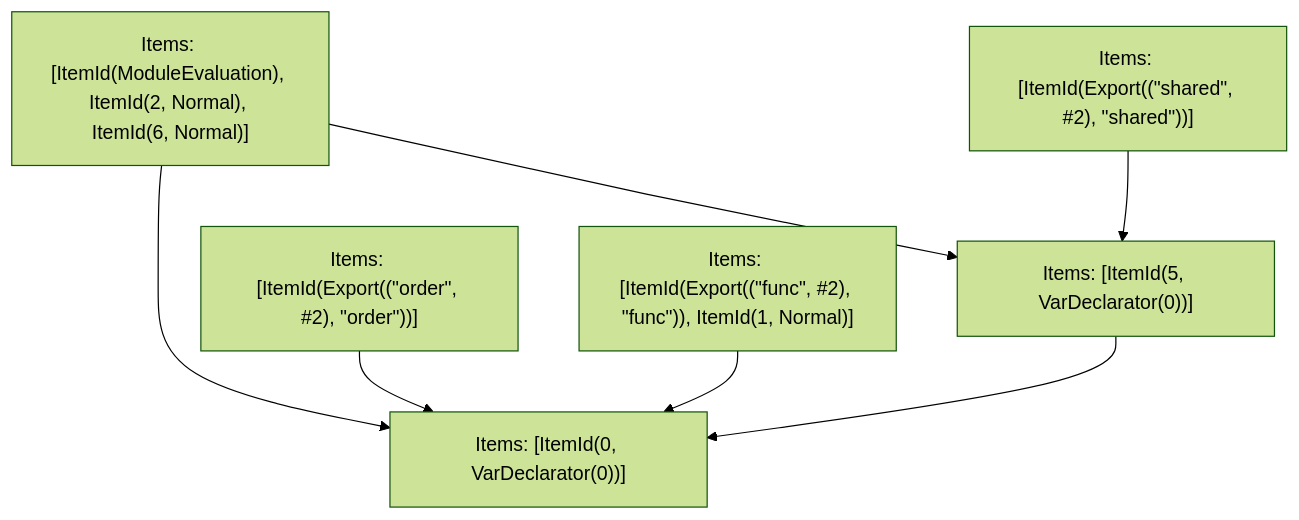
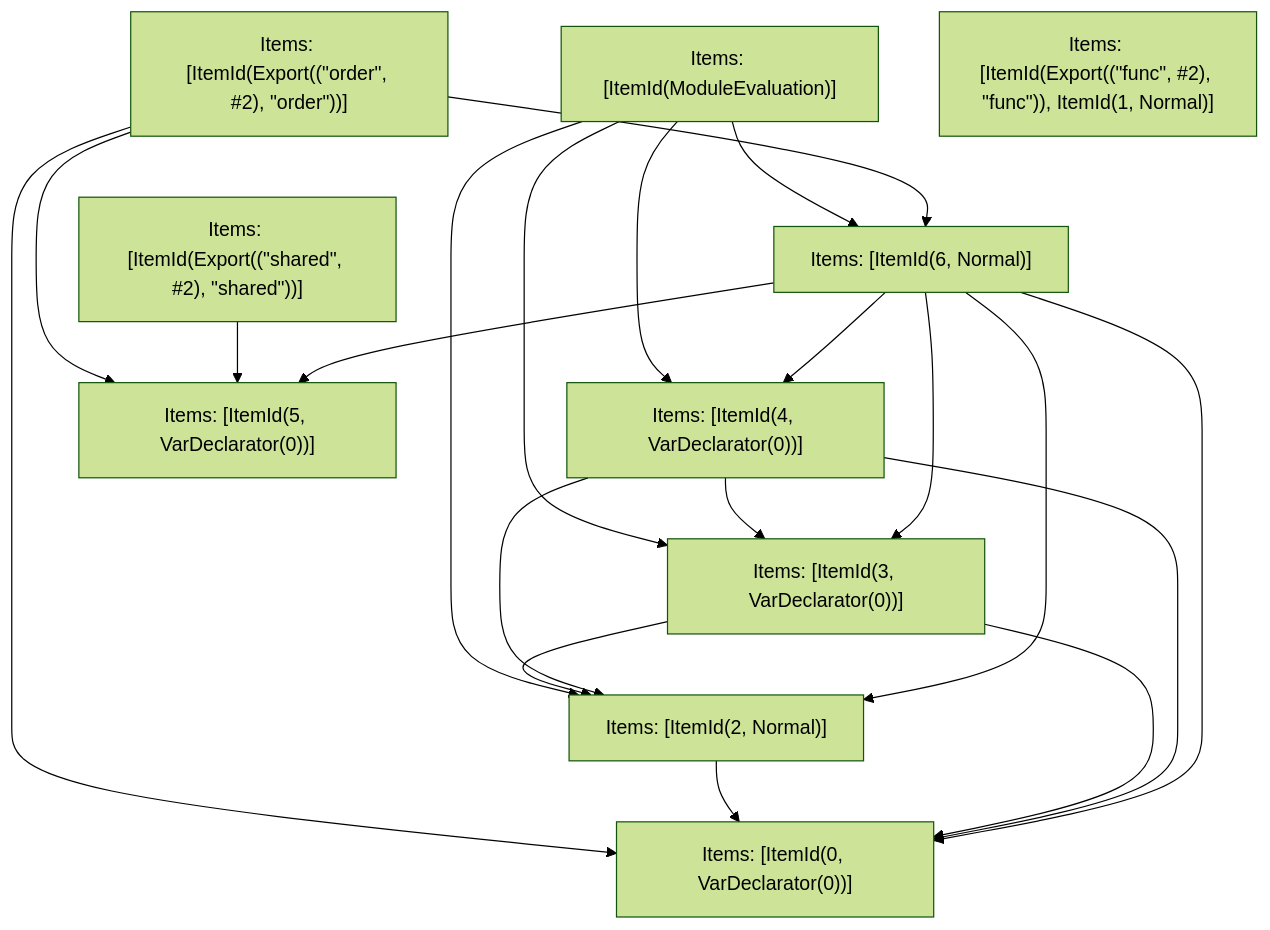
The fifth of 5 diagrams in crates/turbopack-ecmascript/tests/tree-shaker/analyzer/write-order/output.md (vercel/turborepo), drawn with Mermaid (forest theme) before and after one commit. The commit also changed other lines of this file and 12 other files, not shown here.

````diff
--- a/crates/turbopack-ecmascript/tests/tree-shaker/analyzer/write-order/output.md
+++ b/crates/turbopack-ecmascript/tests/tree-shaker/analyzer/write-order/output.md
@@ -183,15 +204,32 @@
 ```mermaid
 graph TD
-    N0["Items: [ItemId(ModuleEvaluation), ItemId(2, Normal), ItemId(6, Normal)]"];
+    N0["Items: [ItemId(ModuleEvaluation)]"];
     N1["Items: [ItemId(Export((&quot;order&quot;, #2), &quot;order&quot;))]"];
     N2["Items: [ItemId(Export((&quot;func&quot;, #2), &quot;func&quot;)), ItemId(1, Normal)]"];
     N3["Items: [ItemId(Export((&quot;shared&quot;, #2), &quot;shared&quot;))]"];
     N4["Items: [ItemId(0, VarDeclarator(0))]"];
-    N5["Items: [ItemId(5, VarDeclarator(0))]"];
-    N0 --> N4;
+    N5["Items: [ItemId(2, Normal)]"];
+    N6["Items: [ItemId(3, VarDeclarator(0))]"];
+    N7["Items: [ItemId(4, VarDeclarator(0))]"];
+    N8["Items: [ItemId(5, VarDeclarator(0))]"];
+    N9["Items: [ItemId(6, Normal)]"];
     N0 --> N5;
+    N0 --> N6;
+    N0 --> N7;
+    N0 --> N9;
     N1 --> N4;
-    N2 --> N4;
-    N3 --> N5;
+    N1 --> N8;
+    N1 --> N9;
+    N3 --> N8;
     N5 --> N4;
+    N6 --> N5;
+    N6 --> N4;
+    N7 --> N5;
+    N7 --> N6;
+    N7 --> N4;
+    N9 --> N5;
+    N9 --> N6;
+    N9 --> N7;
+    N9 --> N4;
+    N9 --> N8;
 ```
````
